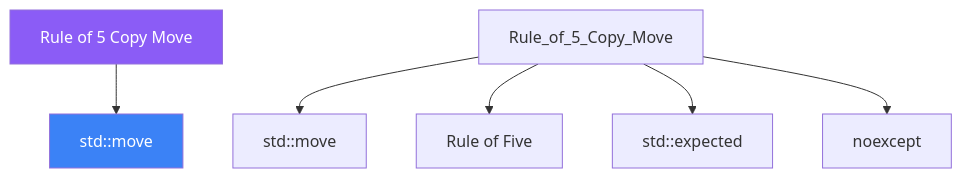
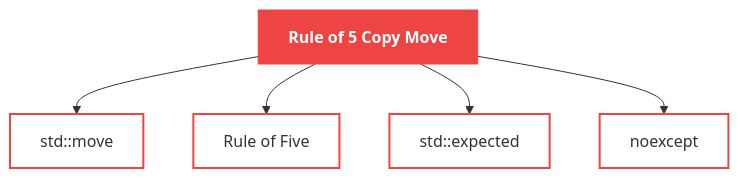
One commit to AI-Maddy/Learn-Modern-CPP-OOP-30-Days changed the diagram in mkdocs-site/docs/days/day-14/02-definition.md. Above: the diagram before and after it, drawn with Mermaid. The commit also changed 99 other files, not shown here.

````diff
--- a/mkdocs-site/docs/days/day-14/02-definition.md
+++ b/mkdocs-site/docs/days/day-14/02-definition.md
@@ -139,10 +139,12 @@
 ```mermaid
 graph TD
-    ROOT["Rule of 5 Copy Move"] --> A["std::move"]
-    Rule_of_5_Copy_Move --> stdmove["std::move"]
-    Rule_of_5_Copy_Move --> Rule_of_Five["Rule of Five"]
-    Rule_of_5_Copy_Move --> stdexpected["std::expected"]
-    Rule_of_5_Copy_Move --> noexcept["noexcept"]
-    style ROOT fill:#8b5cf6,color:#fff
-    style A    fill:#3b82f6,color:#fff
+    ROOT["Rule of 5 Copy Move"]
+    ROOT --> n0["std::move"]
+    ROOT --> n1["Rule of Five"]
+    ROOT --> n2["std::expected"]
+    ROOT --> n3["noexcept"]
+    classDef topic fill:#ef4444,stroke:#ef4444,color:#ffffff,font-weight:bold
+    classDef concept fill:transparent,stroke:#ef4444,stroke-width:2px
+    class ROOT topic
+    class n0,n1,n2,n3 concept
 ```
````
